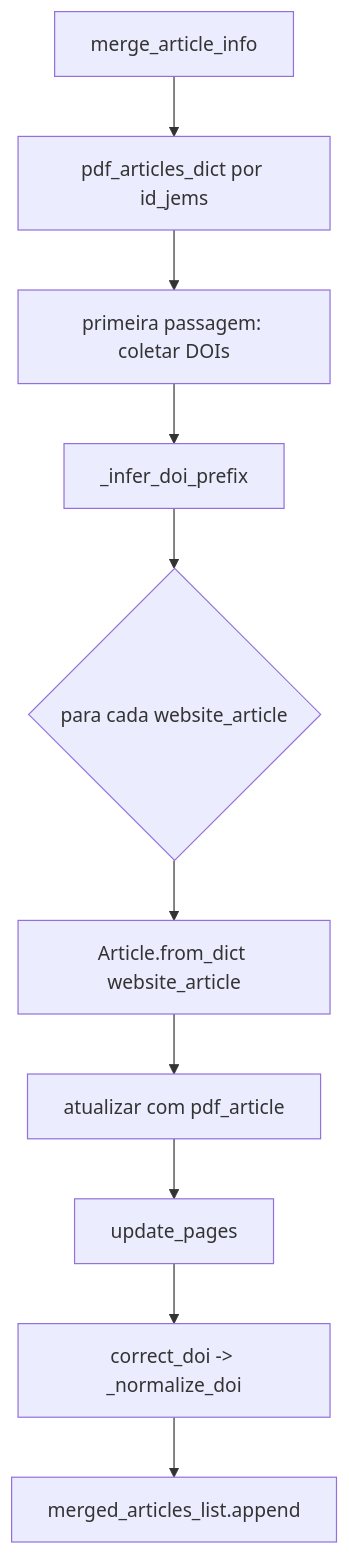
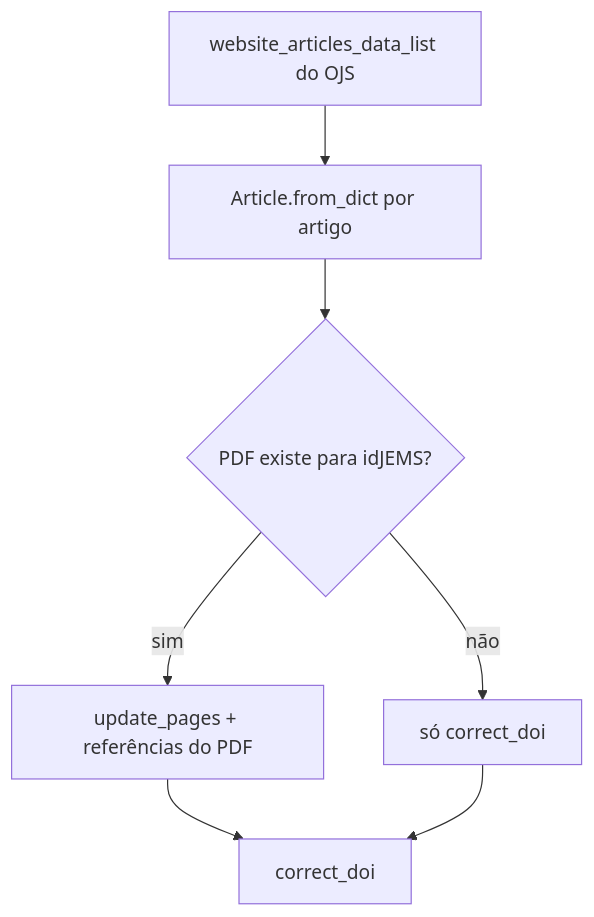
The eighth of 9 diagrams in docs/diagrama_chamadas.md (patriciajaques/ceie-proceedings-migration), drawn with Mermaid before and after one commit. The commit also changed other lines of this file and 20 other files, not shown here.

Commit message:
mudado para versao metados do site first e apenas completar com LLM

````diff
--- a/docs/diagrama_chamadas.md
+++ b/docs/diagrama_chamadas.md
@@ -139,12 +185,9 @@
 ```mermaid
 flowchart TB
-    M[merge_article_info] --> M1[pdf_articles_dict por id_jems]
-    M1 --> M2[primeira passagem: coletar DOIs]
-    M2 --> M3[_infer_doi_prefix]
-    M3 --> M4{para cada website_article}
-    M4 --> M5[Article.from_dict website_article]
-    M5 --> M6[atualizar com pdf_article]
-    M6 --> M7[update_pages]
-    M7 --> M8[correct_doi -> _normalize_doi]
-    M8 --> M9[merged_articles_list.append]
+    S[website_articles_data_list do OJS] --> S1[Article.from_dict por artigo]
+    S1 --> S2{PDF existe para idJEMS?}
+    S2 -->|sim| S3[update_pages + referências do PDF]
+    S2 -->|não| S4[só correct_doi]
+    S3 --> S5[correct_doi]
+    S4 --> S5
 ```
````
